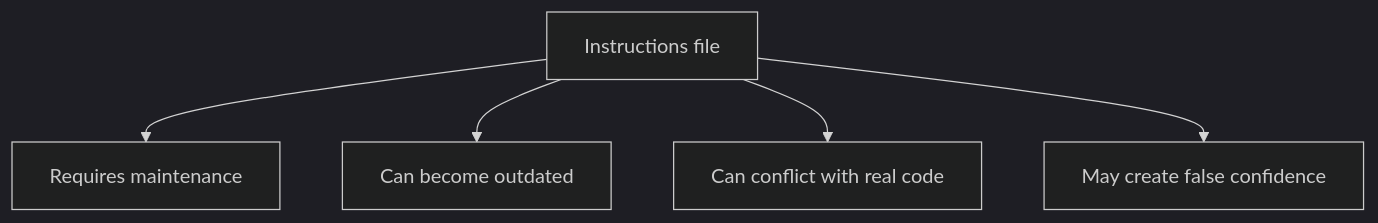
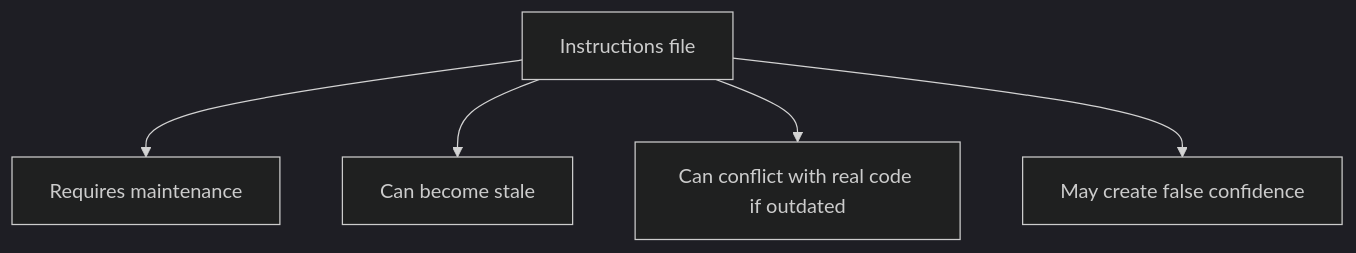
Before and after one commit to buddolla1/skills: the third of 4 diagrams in github/copilot-instructions-guide.md, drawn with Mermaid (dark theme). The commit also changed other lines of this file, not shown here.

````diff
--- a/github/copilot-instructions-guide.md
+++ b/github/copilot-instructions-guide.md
@@ -89,7 +87,7 @@
 ```mermaid
 flowchart TD
     A[Instructions file] --> B[Requires maintenance]
-    A --> C[Can become outdated]
-    A --> D[Can conflict with real code]
+    A --> C[Can become stale]
+    A --> D[Can conflict with real code if outdated]
     A --> E[May create false confidence]
 ```
````
